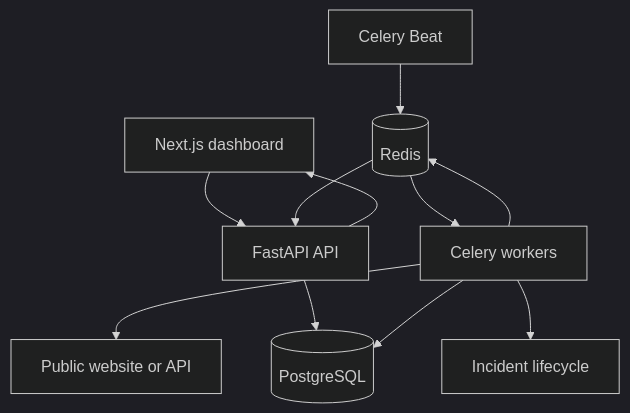
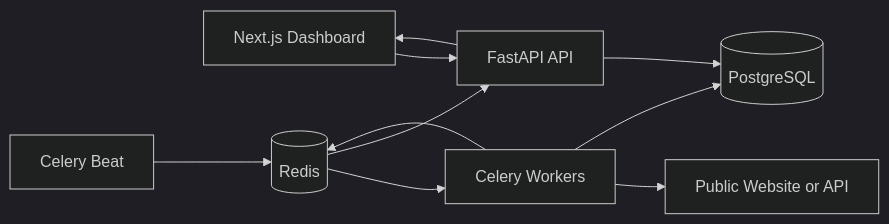
The diagram in README.md (Adityagithubhack/pulsewatch), drawn with Mermaid (dark theme) before and after one commit. The commit also changed other lines of this file, not shown here.

````diff
--- a/README.md
+++ b/README.md
@@ -20,13 +39,12 @@
 ```mermaid
-flowchart TD
-    UI[Next.js dashboard] --> API[FastAPI API]
+flowchart LR
+    UI[Next.js Dashboard] --> API[FastAPI API]
     API --> DB[(PostgreSQL)]
     Beat[Celery Beat] --> Queue[(Redis)]
-    Queue --> Worker[Celery workers]
-    Worker --> Target[Public website or API]
+    Queue --> Worker[Celery Workers]
+    Worker --> Target[Public Website or API]
     Worker --> DB
     Worker --> Queue
-    Worker --> Incident[Incident lifecycle]
     Queue --> API
     API --> UI
 ```
````
